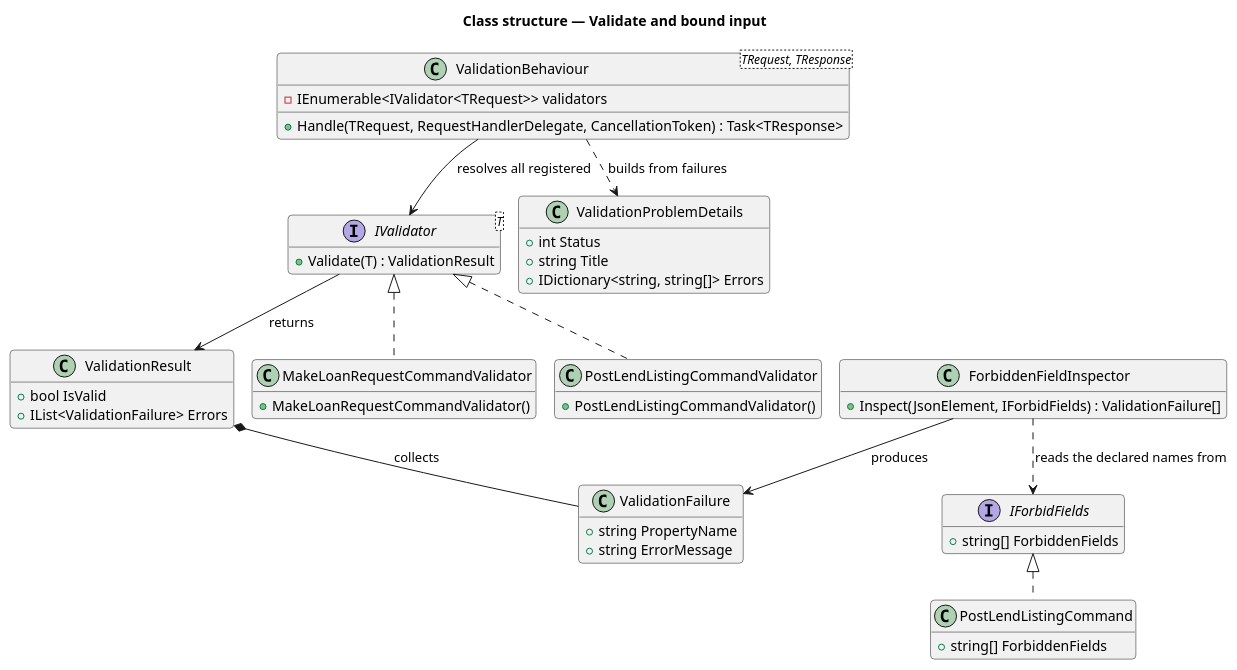
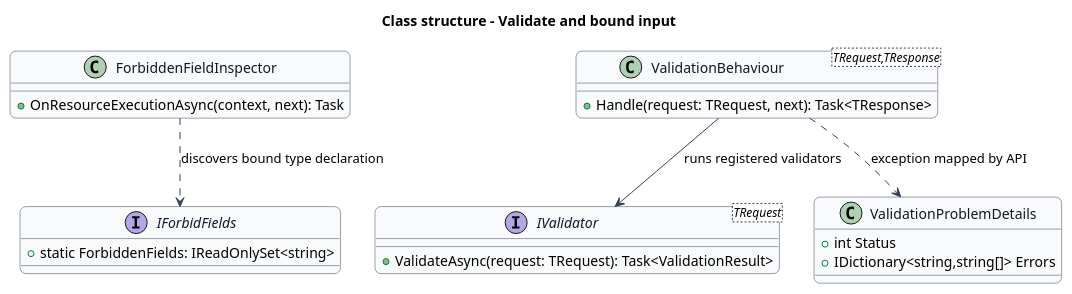
The diagram in docs/detailed-designs/platform/validate-and-bound-input/diagrams/class-structure.puml (QuinntyneBrown/Barnabas), drawn with PlantUML before and after one commit. The commit also changed 511 other files, not shown here.

```diff
--- a/docs/detailed-designs/platform/validate-and-bound-input/diagrams/class-structure.puml
+++ b/docs/detailed-designs/platform/validate-and-bound-input/diagrams/class-structure.puml
@@ -1,55 +1,41 @@
 @startuml
-!pragma layout smetana
-title Class structure — Validate and bound input
 skinparam backgroundColor #FFFFFF
 skinparam shadowing false
-skinparam roundcorner 8
+skinparam roundcorner 12
 skinparam defaultFontName Arial
-hide empty members
-
-class ValidationBehaviour<TRequest, TResponse> {
-  -IEnumerable<IValidator<TRequest>> validators
-  +Handle(TRequest, RequestHandlerDelegate, CancellationToken) : Task<TResponse>
+skinparam ArrowColor #344054
+skinparam rectangle {
+  BorderColor #344054
+  FontColor #101828
 }
-interface IValidator<T> {
-  +Validate(T) : ValidationResult
+skinparam package {
+  BorderColor #667085
+  FontColor #101828
+  BackgroundColor #F9FAFB
 }
-class ValidationResult {
-  +bool IsValid
-  +IList<ValidationFailure> Errors
+skinparam class {
+  BorderColor #344054
+  FontColor #101828
+  BackgroundColor #F9FAFB
 }
-class ValidationFailure {
-  +string PropertyName
-  +string ErrorMessage
+title Class structure - Validate and bound input
+interface IForbidFields {
+  +static ForbiddenFields: IReadOnlySet<string>
+}
+class ForbiddenFieldInspector {
+  +OnResourceExecutionAsync(context, next): Task
+}
+class "ValidationBehaviour<TRequest,TResponse>" as validation {
+  +Handle(request: TRequest, next): Task<TResponse>
+}
+interface "IValidator<TRequest>" as validator {
+  +ValidateAsync(request: TRequest): Task<ValidationResult>
 }
 class ValidationProblemDetails {
   +int Status
-  +string Title
-  +IDictionary<string, string[]> Errors
+  +IDictionary<string,string[]> Errors
 }
-class MakeLoanRequestCommandValidator {
-  +MakeLoanRequestCommandValidator()
-}
-class PostLendListingCommandValidator {
-  +PostLendListingCommandValidator()
-}
-interface IForbidFields {
-  +string[] ForbiddenFields
-}
-class ForbiddenFieldInspector {
-  +Inspect(JsonElement, IForbidFields) : ValidationFailure[]
-}
-class PostLendListingCommand {
-  +string[] ForbiddenFields
-}
-
-IValidator <|.. MakeLoanRequestCommandValidator
-IValidator <|.. PostLendListingCommandValidator
-IForbidFields <|.. PostLendListingCommand
-ValidationBehaviour --> IValidator : resolves all registered
-IValidator --> ValidationResult : returns
-ValidationResult *-- ValidationFailure : collects
-ValidationBehaviour ..> ValidationProblemDetails : builds from failures
-ForbiddenFieldInspector ..> IForbidFields : reads the declared names from
-ForbiddenFieldInspector --> ValidationFailure : produces
+ForbiddenFieldInspector ..> IForbidFields : discovers bound type declaration
+validation --> validator : runs registered validators
+validation ..> ValidationProblemDetails : exception mapped by API
 @enduml
```
